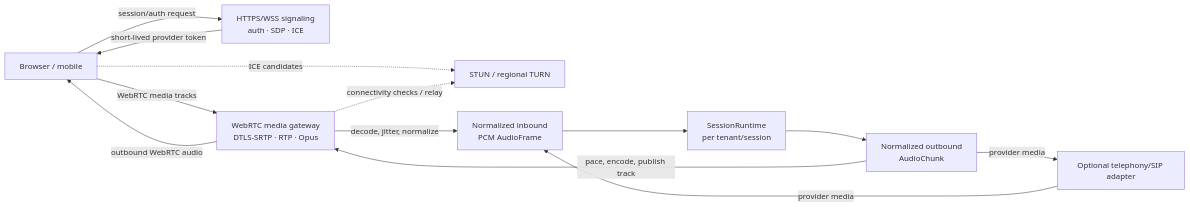
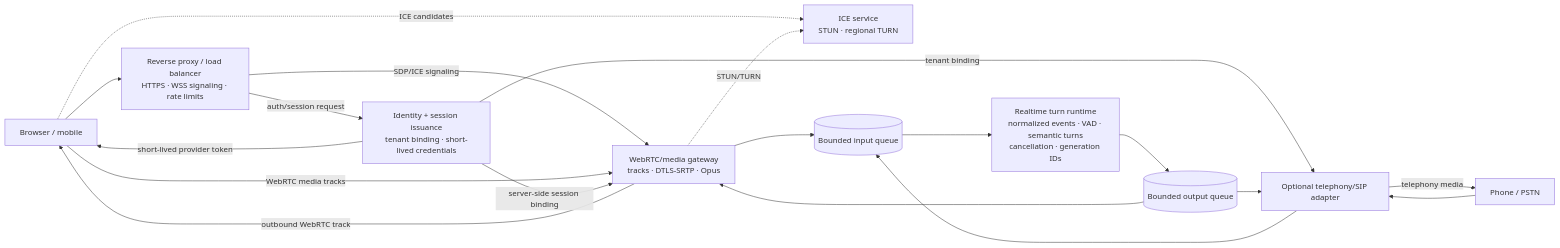
Before and after one commit to d-schneid/voice-agents: the first of 3 diagrams in docs/voice-agent-architecture-print-diagrams.md, drawn with Mermaid. The commit also changed other lines of this file, not shown here.

Commit message:
Align print diagrams with canonical components

````diff
--- a/docs/voice-agent-architecture-print-diagrams.md
+++ b/docs/voice-agent-architecture-print-diagrams.md
@@ -16,26 +10,32 @@
 ```mermaid
 flowchart LR
     B[Browser / mobile]
-    SIG[HTTPS/WSS signaling<br/>auth · SDP · ICE]
-    ICE[STUN / regional TURN]
-    GW[WebRTC media gateway<br/>DTLS-SRTP · RTP · Opus]
+    PH[Phone / PSTN]
+    G[Reverse proxy / load balancer<br/>HTTPS · WSS signaling · rate limits]
+    ID[Identity + session issuance<br/>tenant binding · short-lived credentials]
+    ICE[ICE service<br/>STUN · regional TURN]
+    AD[WebRTC/media gateway<br/>tracks · DTLS-SRTP · Opus]
     TEL[Optional telephony/SIP adapter]
-    IN[Normalized inbound<br/>PCM AudioFrame]
-    RT[SessionRuntime<br/>per tenant/session]
-    OUT[Normalized outbound<br/>AudioChunk]
+    IQ[(Bounded input queue)]
+    RT[Realtime turn runtime<br/>normalized events · VAD · semantic turns<br/>cancellation · generation IDs]
+    OQ[(Bounded output queue)]
 
-    B -->|session/auth request| SIG
-    SIG -->|short-lived provider token| B
-    B -->|WebRTC media tracks| GW
+    B --> G
+    G -->|auth/session request| ID
+    ID -->|short-lived provider token| B
+    G -->|SDP/ICE signaling| AD
+    B -->|WebRTC media tracks| AD
     B -.->|ICE candidates| ICE
-    GW -.->|connectivity checks / relay| ICE
-
-    GW -->|decode, jitter, normalize| IN
-    IN --> RT
-    RT --> OUT
-    OUT -->|pace, encode, publish track| GW
-    GW -->|outbound WebRTC audio| B
-
-    TEL -->|provider media| IN
-    OUT -->|provider media| TEL
+    AD -.->|STUN/TURN| ICE
+    ID -->|server-side session binding| AD
+    PH --> TEL
+    ID -->|tenant binding| TEL
+    AD --> IQ
+    TEL --> IQ
+    IQ --> RT
+    RT --> OQ
+    OQ --> AD
+    AD -->|outbound WebRTC track| B
+    OQ --> TEL
+    TEL -->|telephony media| PH
 ```
````
